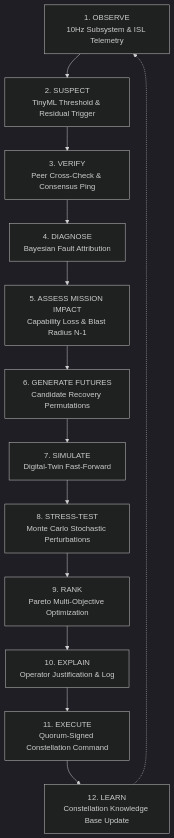
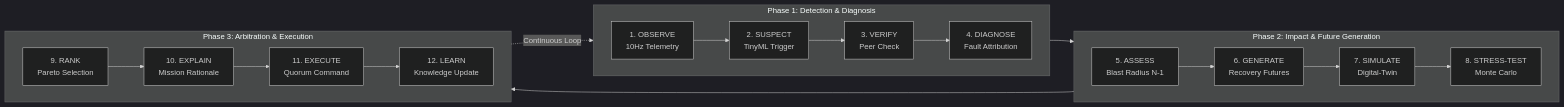
One commit to Haripriya24071/Astranet changed the diagram in README.md. Above: the diagram before and after it, drawn with Mermaid (dark theme). The commit also changed other lines of this file, not shown here.

Commit message:
docs: streamline README, remove emojis, optimize flowchart layout, and update team attribution

````diff
--- a/README.md
+++ b/README.md
@@ -87,15 +87,20 @@
 ```mermaid
-flowchart TD
-    A[1. OBSERVE<br/>10Hz Subsystem & ISL Telemetry] --> B[2. SUSPECT<br/>TinyML Threshold & Residual Trigger]
-    B --> C[3. VERIFY<br/>Peer Cross-Check & Consensus Ping]
-    C --> D[4. DIAGNOSE<br/>Bayesian Fault Attribution]
-    D --> E[5. ASSESS MISSION IMPACT<br/>Capability Loss & Blast Radius N-1]
-    E --> F[6. GENERATE FUTURES<br/>Candidate Recovery Permutations]
-    F --> G[7. SIMULATE<br/>Digital-Twin Fast-Forward]
-    G --> H[8. STRESS-TEST<br/>Monte Carlo Stochastic Perturbations]
-    H --> I[9. RANK<br/>Pareto Multi-Objective Optimization]
-    I --> J[10. EXPLAIN<br/>Operator Justification & Log]
-    J --> K[11. EXECUTE<br/>Quorum-Signed Constellation Command]
-    K --> L[12. LEARN<br/>Constellation Knowledge Base Update]
-    L -.-> A
+flowchart LR
+    subgraph S1["Phase 1: Detection & Diagnosis"]
+        direction LR
+        A["1. OBSERVE<br/>10Hz Telemetry"] --> B["2. SUSPECT<br/>TinyML Trigger"] --> C["3. VERIFY<br/>Peer Check"] --> D["4. DIAGNOSE<br/>Fault Attribution"]
+    end
+
+    subgraph S2["Phase 2: Impact & Future Generation"]
+        direction LR
+        E["5. ASSESS<br/>Blast Radius N-1"] --> F["6. GENERATE<br/>Recovery Futures"] --> G["7. SIMULATE<br/>Digital-Twin"] --> H["8. STRESS-TEST<br/>Monte Carlo"]
+    end
+
+    subgraph S3["Phase 3: Arbitration & Execution"]
+        direction LR
+        I["9. RANK<br/>Pareto Selection"] --> J["10. EXPLAIN<br/>Mission Rationale"] --> K["11. EXECUTE<br/>Quorum Command"] --> L["12. LEARN<br/>Knowledge Update"]
+    end
+
+    S1 --> S2 --> S3
+    S3 -. Continuous Loop .-> S1
 ```
````
